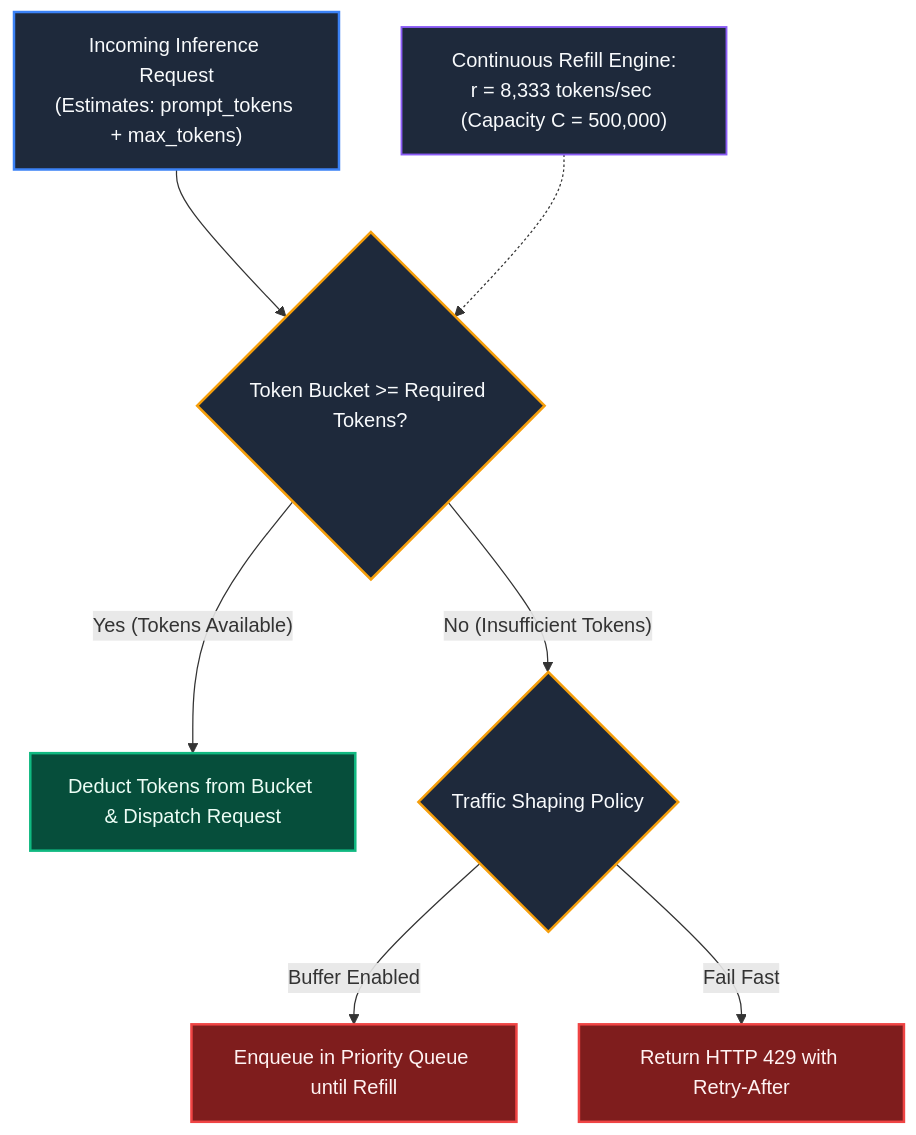
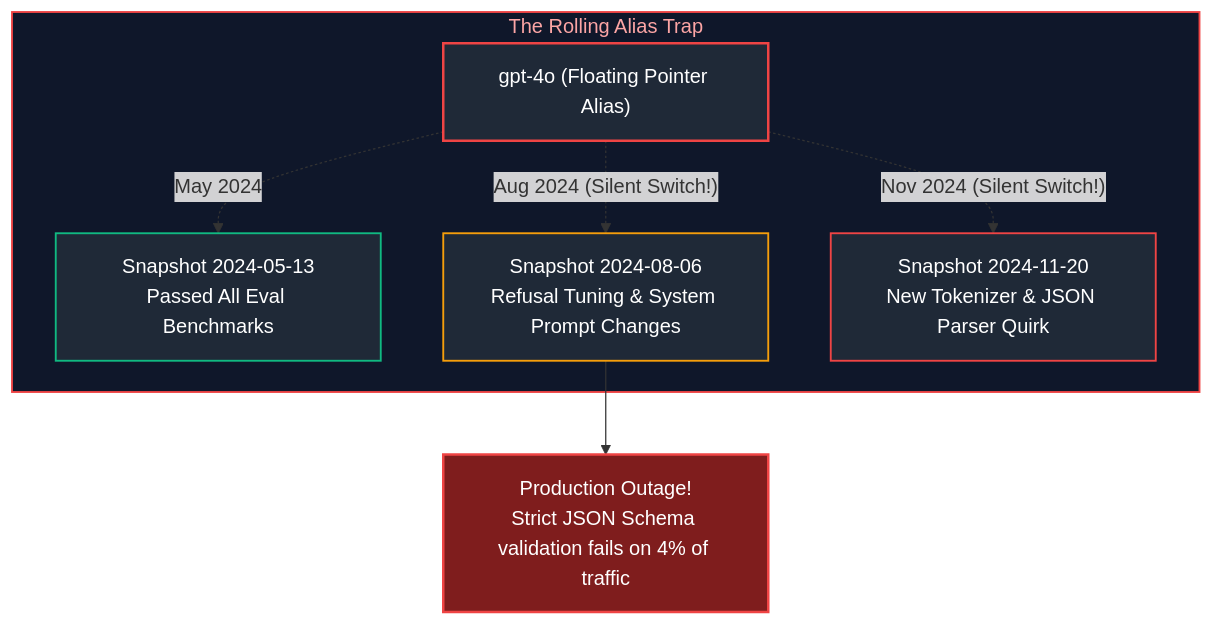
The fourth of 15 diagrams in AI Engineering/11_llmops_gateways_and_production_operations.md (joydeep-biswas/Interview-Preparation), drawn with Mermaid before and after one commit. The commit also changed other lines of this file and 143 other files, not shown here.

````diff
--- a/AI Engineering/11_llmops_gateways_and_production_operations.md
+++ b/AI Engineering/11_llmops_gateways_and_production_operations.md
@@ -146,22 +267,22 @@
 ```mermaid
 flowchart TD
-    Req["Incoming Inference Request<br/>(Estimates: prompt_tokens + max_tokens)"] --> Check{"Token Bucket >= Required Tokens?"}
-    Check -- "Yes (Tokens Available)" --> Allow["Deduct Tokens from Bucket & Dispatch Request"]
-    Check -- "No (Insufficient Tokens)" --> Action{"Traffic Shaping Policy"}
-    Action -- "Buffer Enabled" --> Wait["Enqueue in Priority Queue until Refill"]
-    Action -- "Fail Fast" --> Reject["Return HTTP 429 with Retry-After"]
+    subgraph DangerZone ["The Rolling Alias Trap"]
+        Alias["gpt-4o (Floating Pointer Alias)"]
+        SnapA["Snapshot 2024-05-13<br/>Passed All Eval Benchmarks"]
+        SnapB["Snapshot 2024-08-06<br/>Refusal Tuning & System Prompt Changes"]
+        SnapC["Snapshot 2024-11-20<br/>New Tokenizer & JSON Parser Quirk"]
+        
+        Alias -.->|"May 2024"| SnapA
+        Alias -.->|"Aug 2024 (Silent Switch!)"| SnapB
+        Alias -.->|"Nov 2024 (Silent Switch!)"| SnapC
+    end
 
-    Refill["Continuous Refill Engine:<br/>r = 8,333 tokens/sec (Capacity C = 500,000)"] -.-> Check
+    SnapB --> Outage["Production Outage!<br/>Strict JSON Schema validation fails on 4% of traffic"]
 
-    classDef req fill:#1e293b,stroke:#3b82f6,stroke-width:2px,color:#f8fafc;
-    classDef check fill:#1e293b,stroke:#f59e0b,stroke-width:2px,color:#f8fafc;
-    classDef allow fill:#064e3b,stroke:#10b981,stroke-width:2px,color:#ecfdf5;
-    classDef reject fill:#7f1d1d,stroke:#ef4444,stroke-width:2px,color:#fef2f2;
-    classDef refill fill:#1e293b,stroke:#8b5cf6,stroke-width:1.5px,color:#f8fafc;
-
-    class Req req;
-    class Check,Action check;
-    class Allow allow;
-    class Wait,Reject reject;
-    class Refill refill;
+    style DangerZone fill:#0f172a,stroke:#ef4444,stroke-width:1.5px,color:#fca5a5
+    style Alias fill:#1f2937,stroke:#ef4444,stroke-width:2px,color:#fff
+    style SnapA fill:#1f2937,stroke:#10b981,stroke-width:1.5px,color:#fff
+    style SnapB fill:#1f2937,stroke:#f59e0b,stroke-width:1.5px,color:#fff
+    style SnapC fill:#1f2937,stroke:#ef4444,stroke-width:1.5px,color:#fff
+    style Outage fill:#7f1d1d,stroke:#ef4444,stroke-width:2px,color:#fff
 ```
````
